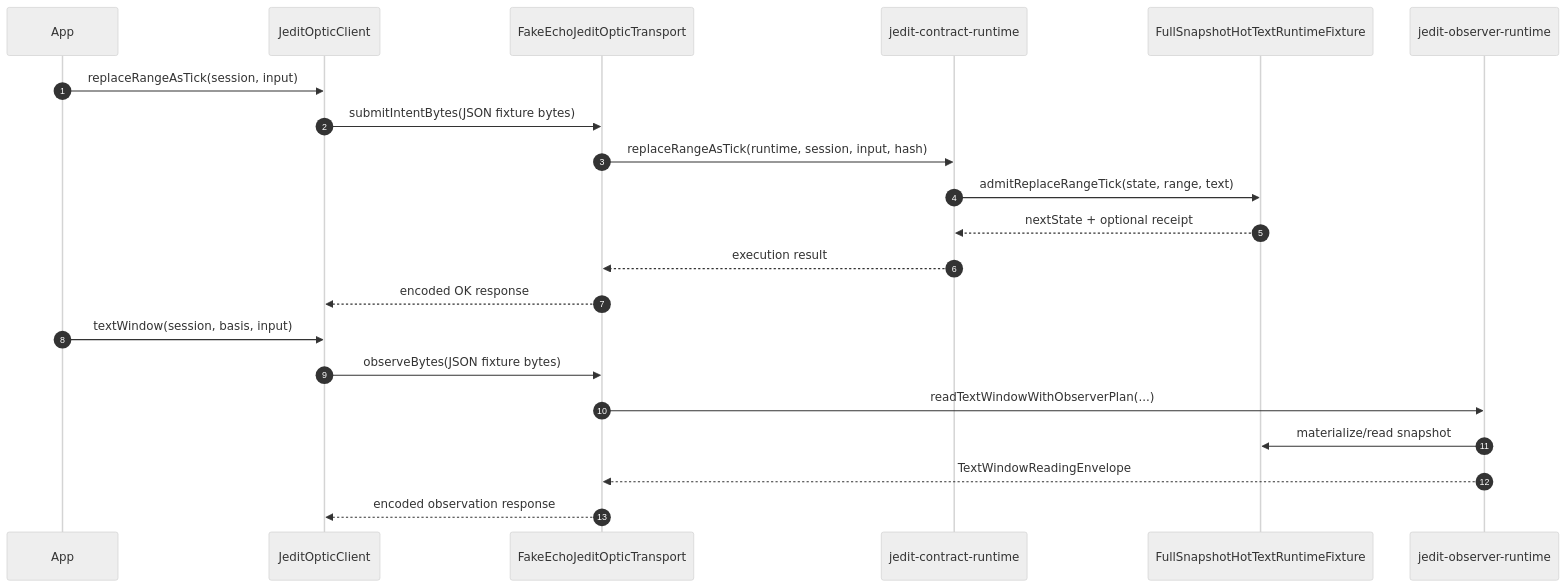
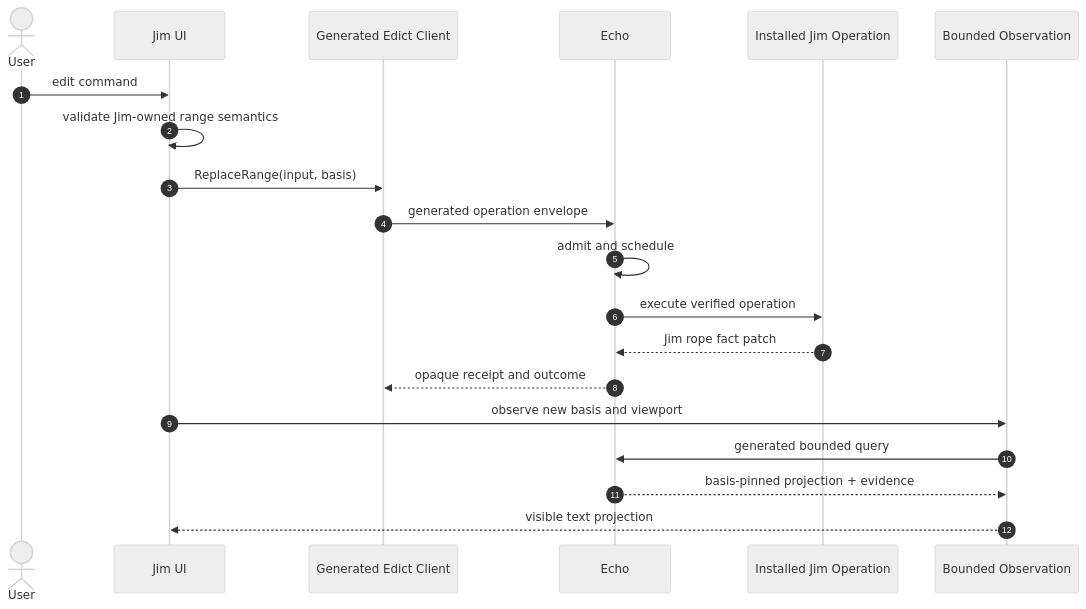
Before and after one commit to flyingrobots/jedit: the second of 2 diagrams in docs/jedit-echo-end-to-end.md, drawn with Mermaid (neutral theme). The commit also changed other lines of this file and 429 other files, not shown here.

````diff
--- a/docs/jedit-echo-end-to-end.md
+++ b/docs/jedit-echo-end-to-end.md
@@ -735,25 +95,23 @@
 ```mermaid
 sequenceDiagram
-  autonumber
-  participant App
-  participant Client as JeditOpticClient
-  participant Fake as FakeEchoJeditOpticTransport
-  participant Contract as jedit-contract-runtime
-  participant Memory as FullSnapshotHotTextRuntimeFixture
-  participant Observer as jedit-observer-runtime
+    autonumber
+    actor User
+    participant Jim as Jim UI
+    participant Client as Generated Edict Client
+    participant Echo as Echo
+    participant Op as Installed Jim Operation
+    participant Read as Bounded Observation
 
-  App->>Client: replaceRangeAsTick(session, input)
-  Client->>Fake: submitIntentBytes(JSON fixture bytes)
-  Fake->>Contract: replaceRangeAsTick(runtime, session, input, hash)
-  Contract->>Memory: admitReplaceRangeTick(state, range, text)
-  Memory-->>Contract: nextState + optional receipt
-  Contract-->>Fake: execution result
-  Fake-->>Client: encoded OK response
-
-  App->>Client: textWindow(session, basis, input)
-  Client->>Fake: observeBytes(JSON fixture bytes)
-  Fake->>Observer: readTextWindowWithObserverPlan(...)
-  Observer->>Memory: materialize/read snapshot
-  Observer-->>Fake: TextWindowReadingEnvelope
-  Fake-->>Client: encoded observation response
+    User->>Jim: edit command
+    Jim->>Jim: validate Jim-owned range semantics
+    Jim->>Client: ReplaceRange(input, basis)
+    Client->>Echo: generated operation envelope
+    Echo->>Echo: admit and schedule
+    Echo->>Op: execute verified operation
+    Op-->>Echo: Jim rope fact patch
+    Echo-->>Client: opaque receipt and outcome
+    Jim->>Read: observe new basis and viewport
+    Read->>Echo: generated bounded query
+    Echo-->>Read: basis-pinned projection + evidence
+    Read-->>Jim: visible text projection
 ```
````
